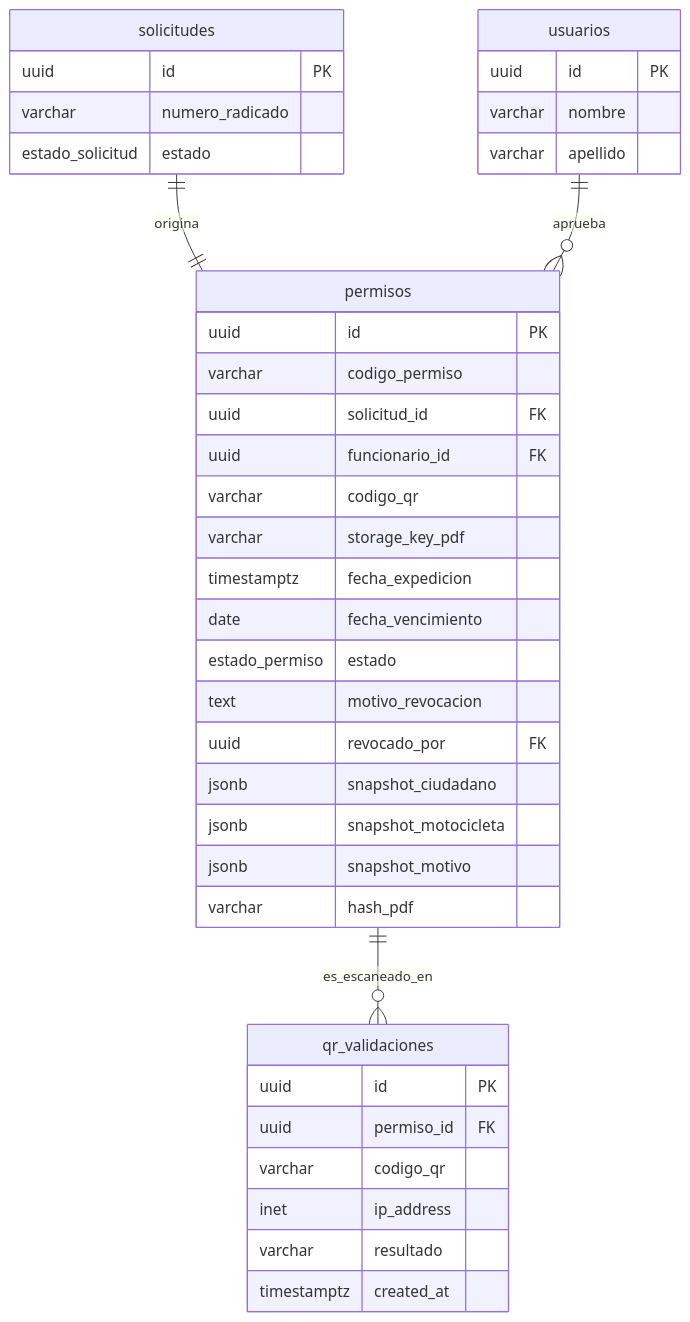
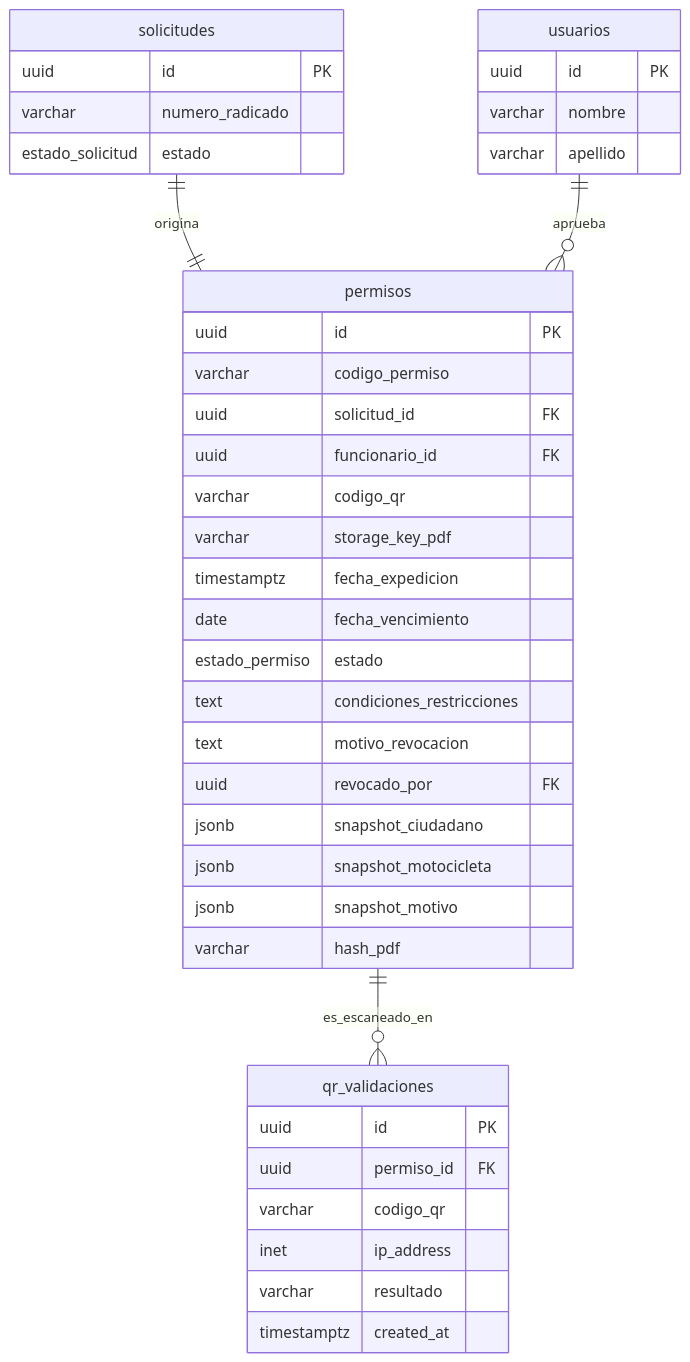
Before and after one commit to Joserafa20/Sistema_Permisos_de_Circulacion: the fourth of 8 diagrams in docs/MODELO_DATOS.md, drawn with Mermaid. The commit also changed other lines of this file and 6 other files, not shown here.

First line of the commit message:
docs(arquitectura): incorporar RFC-001 condiciones_restricciones y RFC-002 catalogo-restricciones

````diff
--- a/docs/MODELO_DATOS.md
+++ b/docs/MODELO_DATOS.md
@@ -1217,45 +1245,46 @@
 ```mermaid
 erDiagram
     solicitudes {
         uuid id PK
         varchar numero_radicado
         estado_solicitud estado
     }
 
     permisos {
         uuid id PK
         varchar codigo_permiso
         uuid solicitud_id FK
         uuid funcionario_id FK
         varchar codigo_qr
         varchar storage_key_pdf
         timestamptz fecha_expedicion
         date fecha_vencimiento
         estado_permiso estado
+        text condiciones_restricciones
         text motivo_revocacion
         uuid revocado_por FK
         jsonb snapshot_ciudadano
         jsonb snapshot_motocicleta
         jsonb snapshot_motivo
         varchar hash_pdf
     }
 
     qr_validaciones {
         uuid id PK
         uuid permiso_id FK
         varchar codigo_qr
         inet ip_address
         varchar resultado
         timestamptz created_at
     }
 
     usuarios {
         uuid id PK
         varchar nombre
         varchar apellido
     }
 
     solicitudes ||--|| permisos : "origina"
     usuarios ||--o{ permisos : "aprueba"
     permisos ||--o{ qr_validaciones : "es_escaneado_en"
 ```
````
